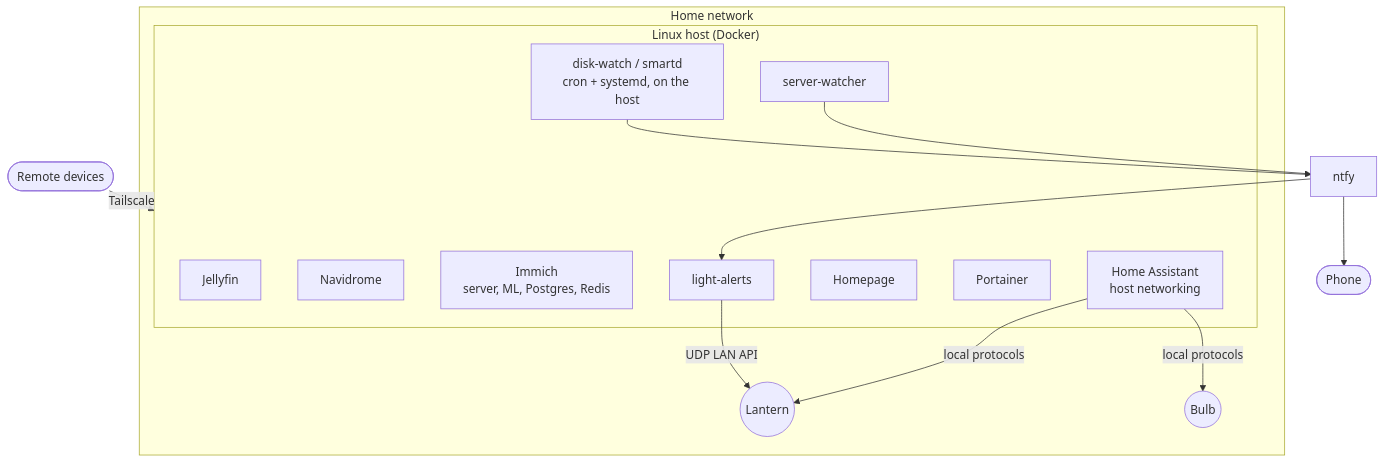
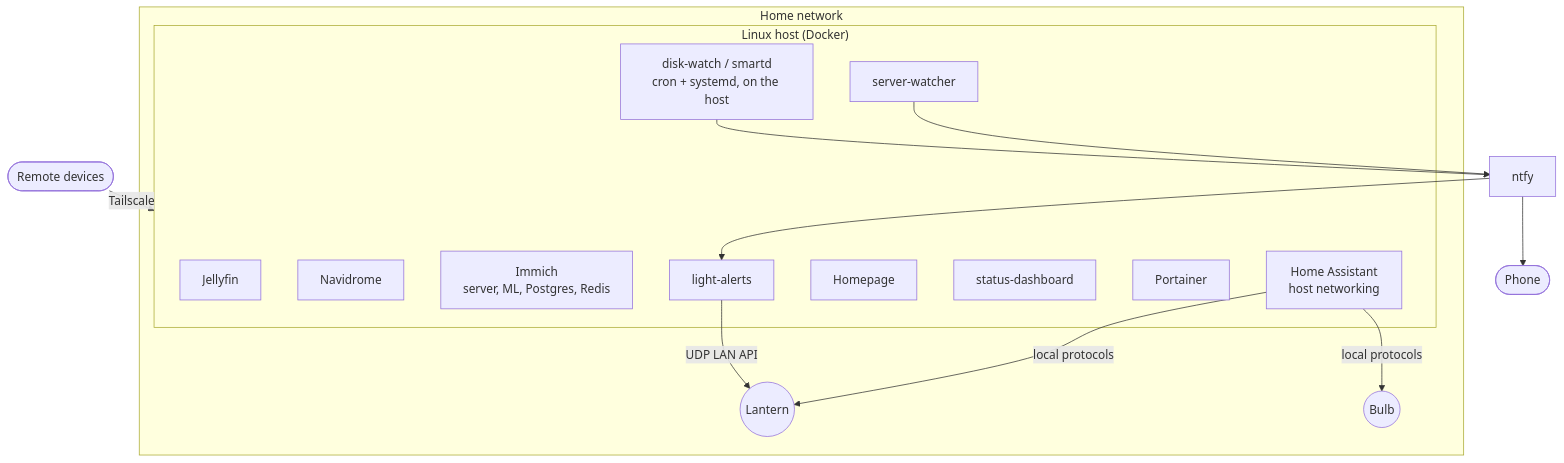
Before and after one commit to sreyas123/Homelab: the diagram in docs/architecture.md, drawn with Mermaid. The commit also changed other lines of this file and 26 other files, not shown here.

Commit message:
Add live status dashboard and glass theme

````diff
--- a/docs/architecture.md
+++ b/docs/architecture.md
@@ -9,26 +9,27 @@
 ```mermaid
 flowchart TB
     subgraph LAN["Home network"]
         subgraph Host["Linux host (Docker)"]
             JF[Jellyfin]
             NV[Navidrome]
             IM[Immich<br/>server, ML, Postgres, Redis]
             HA[Home Assistant<br/>host networking]
             HP[Homepage]
+            SD[status-dashboard]
             PT[Portainer]
             SW[server-watcher]
             LA[light-alerts]
             DW[disk-watch / smartd<br/>cron + systemd, on the host]
         end
         Lamp((Lantern))
         Bulb((Bulb))
     end
     Remote([Remote devices]) -- "Tailscale" --> Host
     HA -- "local protocols" --> Lamp
     HA -- "local protocols" --> Bulb
     LA -- "UDP LAN API" --> Lamp
     SW --> NTFY[ntfy]
     DW --> NTFY
     NTFY --> LA
     NTFY --> Phone([Phone])
 ```
````
